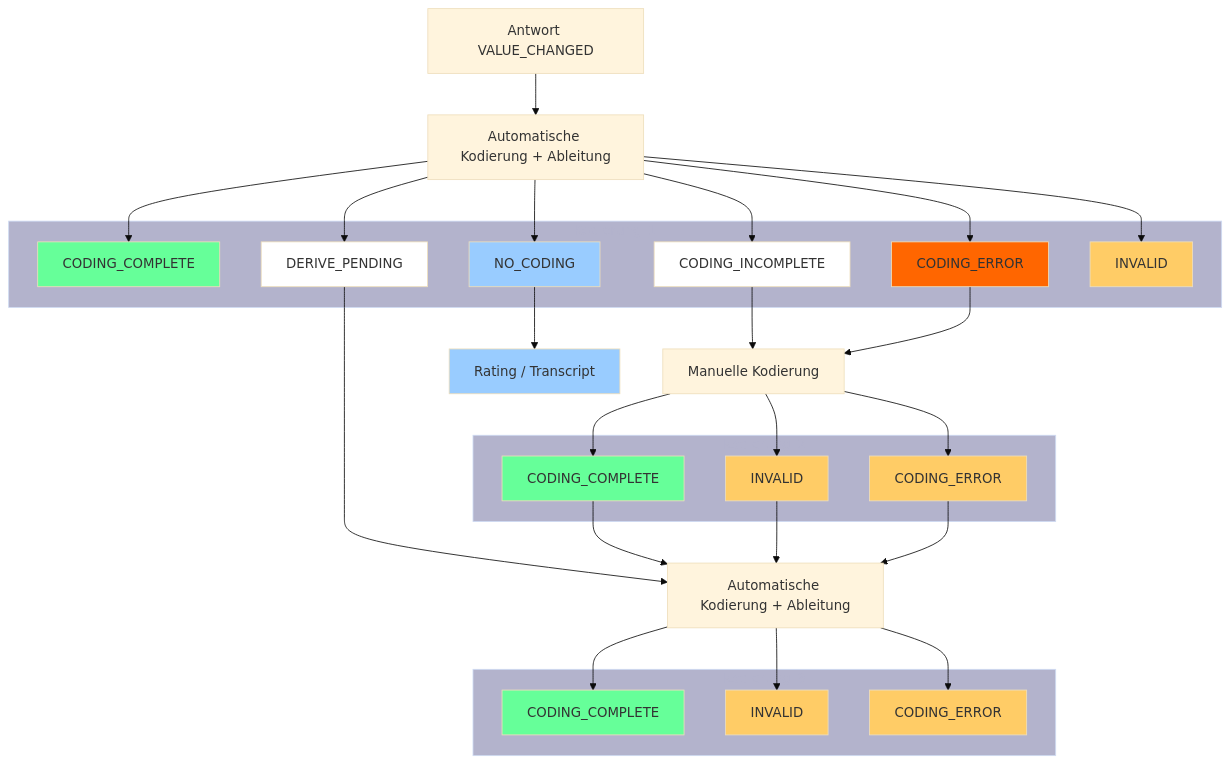
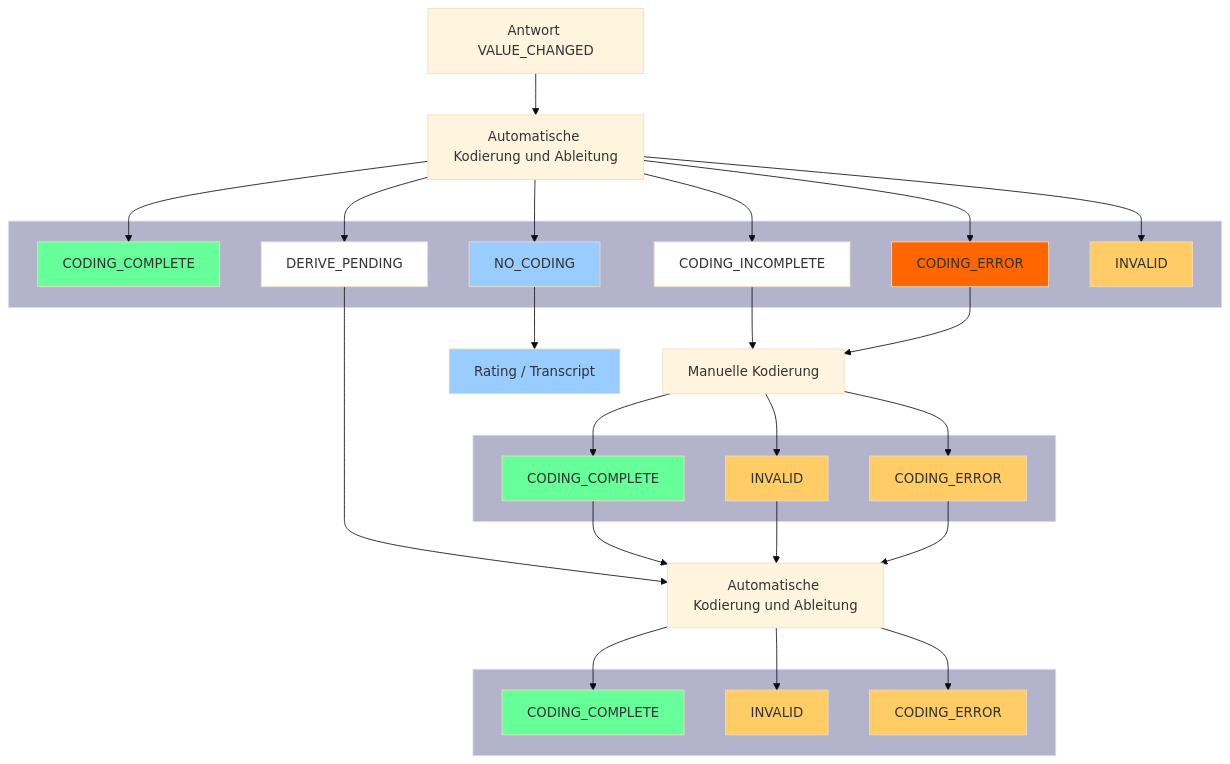
The second of 2 diagrams in coding/index.qmd (iqb-berlin/coding-info), drawn with Mermaid (base theme) before and after one commit. The commit also changed other lines of this file and 4 other files, not shown here.

````diff
--- a/coding/index.qmd
+++ b/coding/index.qmd
@@ -77,68 +77,68 @@
 ```{mermaid}
 flowchart TD
-    A[Antwort VALUE_CHANGED] --> K["Automatische Kodierung + Ableitung"]
+    A[Antwort VALUE_CHANGED] --> K["Automatische Kodierung und Ableitung"]
 
     subgraph Kodierung_1
         K1[CODING_COMPLETE]
         style K1 fill:#6f9
         K6[DERIVE_PENDING]
         style K6 fill:white
         K2[CODING_INCOMPLETE]
         style K2 fill:white
         K5[CODING_ERROR]
         style K5 fill:#f60
         K3[NO_CODING]
         style K3 fill:#9cf
         K4[INVALID]
         style K4 fill:#fc6
     end
     style Kodierung_1 fill:#b3b3cc
     style Kodierung_1 color:#b3b3cc
     K --> K1
     K --> K6
     K --> K2
     K --> K5
     K --> K3
     K --> K4
 
     K6 --> KK
 
     R["Manuelle Kodierung"]
     K2 --> R
     K5 --> R
     K3 --> RE["Rating / Transcript"]
     style RE fill:#9cf
 
     subgraph Kodierung_2
         K2_1[CODING_COMPLETE]
         style K2_1 fill:#6f9
         K2_4[INVALID]
         style K2_4 fill:#fc6
         K2_5[CODING_ERROR]
         style K2_5 fill:#fc6
     end
     style Kodierung_2 fill:#b3b3cc
     style Kodierung_2 color:#b3b3cc
     R --> K2_1
     R --> K2_4
     R --> K2_5
 
-    KK["Automatische Kodierung + Ableitung"]
+    KK["Automatische Kodierung und Ableitung"]
     K2_1 --> KK
     K2_4 --> KK
     K2_5 --> KK
     subgraph Kodierung_3
         K3_1[CODING_COMPLETE]
         style K3_1 fill:#6f9
         K3_4[INVALID]
         style K3_4 fill:#fc6
         K3_5[CODING_ERROR]
         style K3_5 fill:#fc6
     end
     style Kodierung_3 fill:#b3b3cc
     style Kodierung_3 color:#b3b3cc
     KK --> K3_1
     KK --> K3_4
     KK --> K3_5
 
 ```
````
